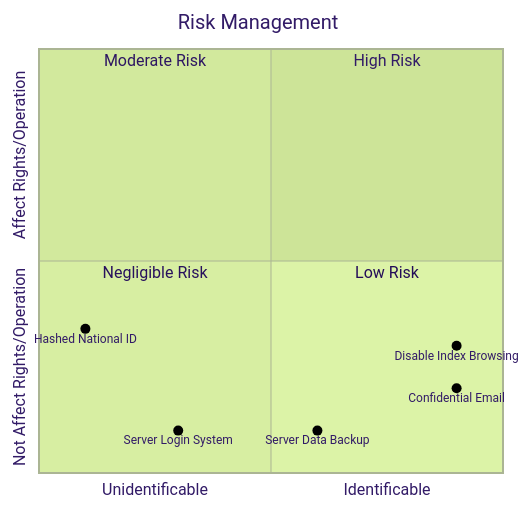
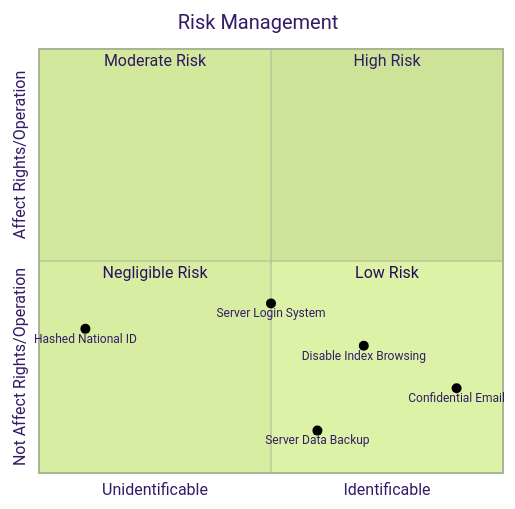
Before and after one commit to Kietpawpan/pdpa: the fourth of 4 diagrams in README.md, drawn with Mermaid (forest theme). The commit also changed other lines of this file, not shown here.

````diff
--- a/README.md
+++ b/README.md
@@ -107,15 +107,15 @@
 ```mermaid
 quadrantChart
     title Risk Management
     x-axis Unidentificable --> Identificable
     y-axis Not Affect Rights/Operation --> Affect Rights/Operation
     quadrant-1 High Risk
     quadrant-2 Moderate Risk
     quadrant-3 Negligible Risk
     quadrant-4 Low Risk
-	Server Login System: [0.3, 0.1]
+	Server Login System: [0.5, 0.4]
     	Confidential Email: [0.9, 0.2]
-    Disable Index Browsing: [0.9, 0.3]
+    Disable Index Browsing: [0.7, 0.3]
     Hashed National ID: [0.1, 0.34]
     Server Data Backup: [0.6, 0.1]
 ```
````
